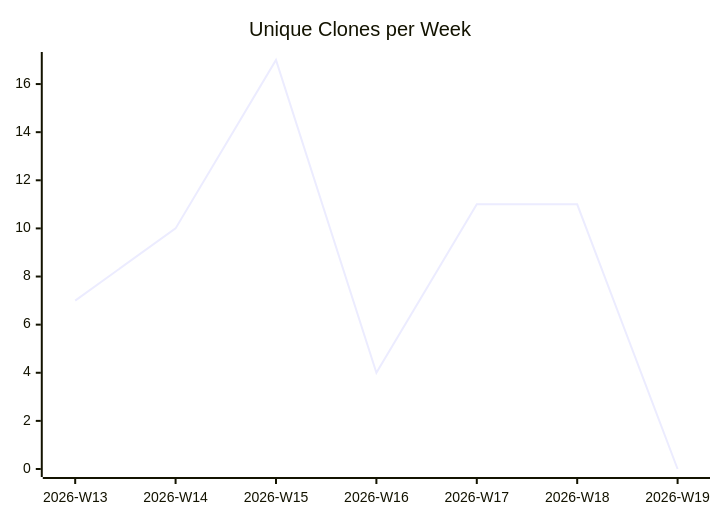
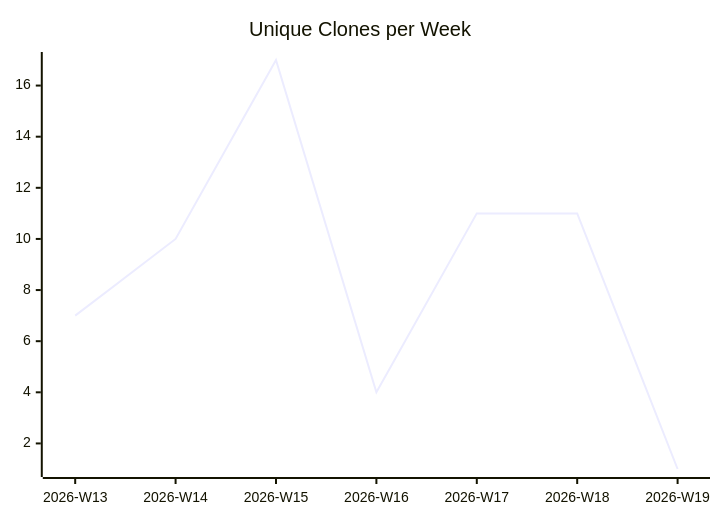
One commit to justdavis-family/github-analytics-data changed the third of 3 diagrams in karlmdavis/ksoap2-android/README.md. Above: the diagram before and after it, drawn with Mermaid. The commit also changed other lines of this file and 187 other files, not shown here.

````diff
--- a/karlmdavis/ksoap2-android/README.md
+++ b/karlmdavis/ksoap2-android/README.md
@@ -19,6 +19,6 @@
 ```mermaid
 xychart-beta
   title "Unique Clones per Week"
   x-axis ["2026-W13", "2026-W14", "2026-W15", "2026-W16", "2026-W17", "2026-W18", "2026-W19"]
-  line [7, 10, 17, 4, 11, 11, 0]
+  line [7, 10, 17, 4, 11, 11, 1]
 ```
````
